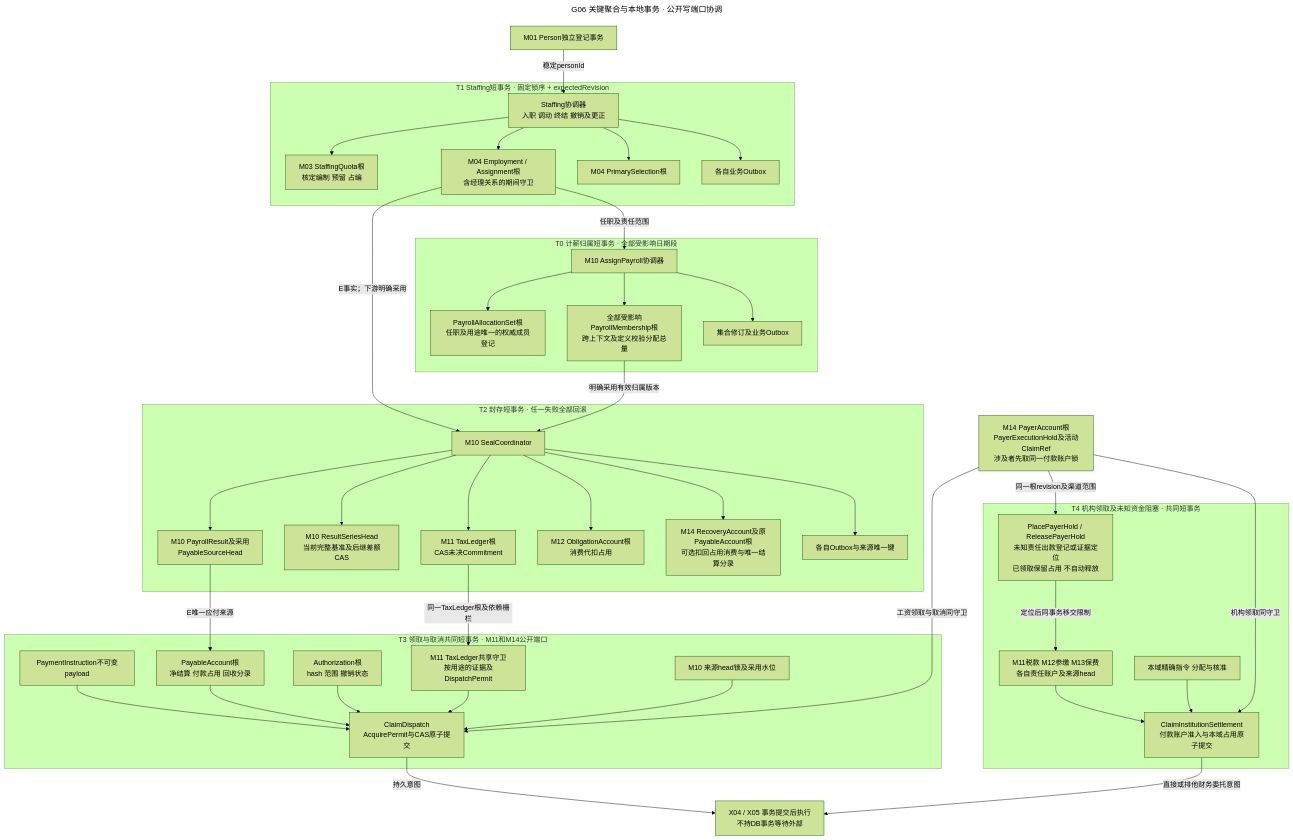
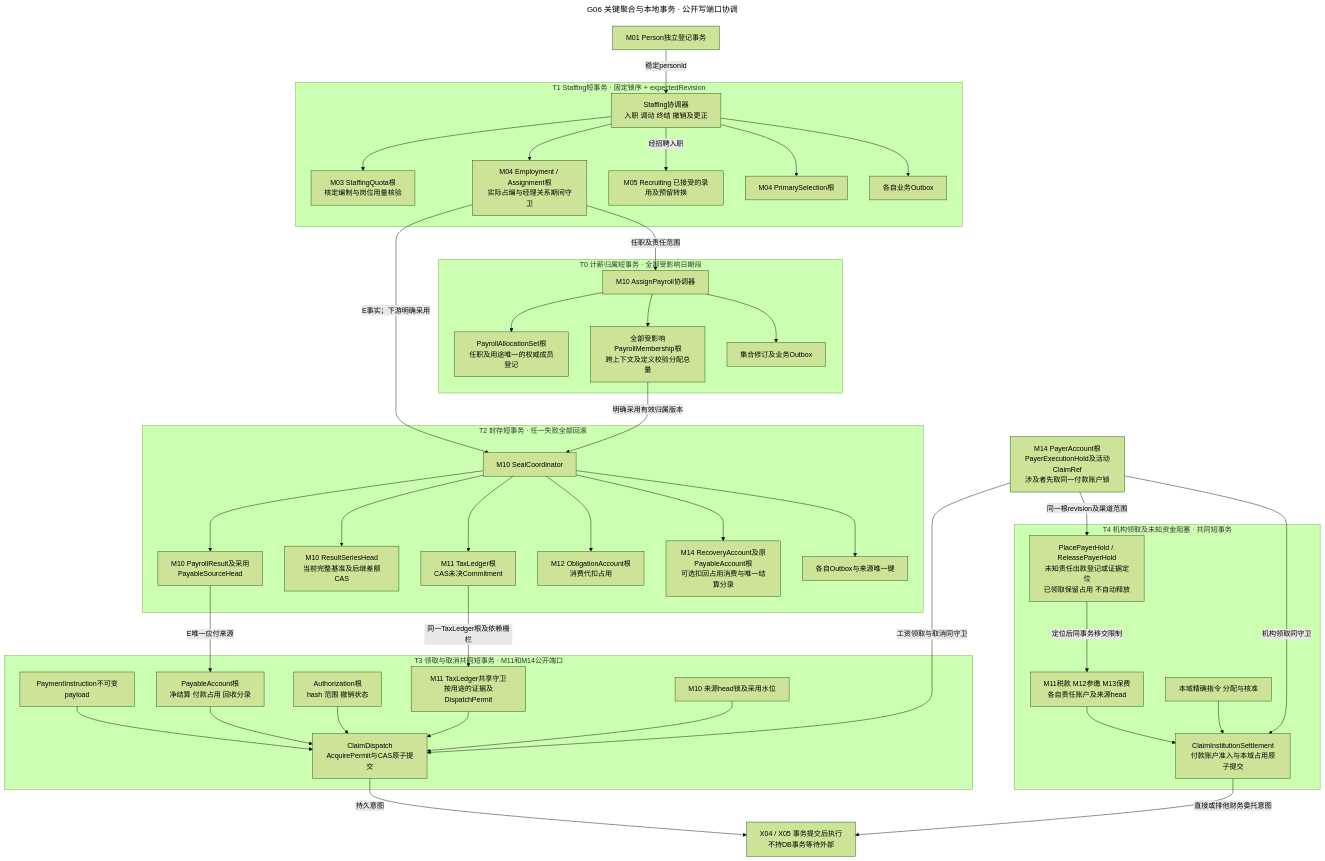
One commit to jacksonlee411/CHNHCM-P changed the diagram in docs/architecture/target/diagrams/g06-aggregate-transactions.mmd. Above: the diagram before and after it, drawn with Mermaid (forest theme). The commit also changed 62 other files, not shown here.

```diff
--- a/docs/architecture/target/diagrams/g06-aggregate-transactions.mmd
+++ b/docs/architecture/target/diagrams/g06-aggregate-transactions.mmd
@@ -1,85 +1,87 @@
 ---
 title: G06 关键聚合与本地事务 · 公开写端口协调
 ---
 flowchart TB
   P["M01 Person独立登记事务"]
   subgraph HR["T1 Staffing短事务 · 固定锁序 + expectedRevision"]
     H["Staffing协调器<br/>入职 调动 终结 撤销及更正"]
     Q["M03 StaffingQuota根
-核定编制 预留 占编"]
-    E["M04 Employment / Assignment根<br/>含经理关系的期间守卫"]
+核定编制与岗位用量核验"]
+    E["M04 Employment / Assignment根<br/>实际占编与经理关系期间守卫"]
+    OFFER["M05 Recruiting 已接受的录用及预留转换"]
     S["M04 PrimarySelection根"]
     O["各自业务Outbox"]
     H --> Q
     H --> E
+    H -->|经招聘入职| OFFER
     H --> S
     H --> O
   end
   subgraph MEMBERS["T0 计薪归属短事务 · 全部受影响日期段"]
     MC["M10 AssignPayroll协调器"]
     MS["PayrollAllocationSet根<br/>任职及用途唯一的权威成员登记"]
     MM["全部受影响PayrollMembership根<br/>跨上下文及定义校验分配总量"]
     MO["集合修订及业务Outbox"]
     MC --> MS
     MC --> MM
     MC --> MO
   end
   subgraph PAY["T2 封存短事务 · 任一失败全部回滚"]
     C["M10 SealCoordinator"]
     R["M10 PayrollResult及采用
 PayableSourceHead"]
     RH["M10 ResultSeriesHead<br/>当前完整基准及后继差额CAS"]
     T["M11 TaxLedger根
 CAS未决Commitment"]
     D["M12 ObligationAccount根
 消费代扣占用"]
     REC["M14 RecoveryAccount及原PayableAccount根
 可选扣回占用消费与唯一结算分录"]
     B["各自Outbox与来源唯一键"]
     C --> R
     C --> RH
     C --> T
     C --> D
     C --> REC
     C --> B
   end
   subgraph CASH["T3 领取与取消共同短事务 · M11和M14公开端口"]
     I["PaymentInstruction不可变payload"]
     A["PayableAccount根
 净结算 付款占用 回收分录"]
     U["Authorization根
 hash 范围 撤销状态"]
     V["M10 来源head锁及采用水位"]
     K["M11 TaxLedger共享守卫
 按用途的证据及DispatchPermit"]
     G["ClaimDispatch
 AcquirePermit与CAS原子提交"]
     I --> G
     A --> G
     U --> G
     K --> G
     V --> G
   end
   PAYER["M14 PayerAccount根<br/>PayerExecutionHold及活动ClaimRef<br/>涉及者先取同一付款账户锁"]
   subgraph INSTITUTION["T4 机构领取及未知资金阻塞 · 共同短事务"]
     IA["M11税款 M12参缴 M13保费<br/>各自责任账户及来源head"]
     II["本域精确指令 分配与核准"]
     IG["ClaimInstitutionSettlement<br/>付款账户准入与本域占用原子提交"]
     IH["PlacePayerHold / ReleasePayerHold<br/>未知责任出款登记或证据定位<br/>已领取保留占用 不自动释放"]
     IA --> IG
     II --> IG
     IH -->|"定位后同事务移交限制"| IA
   end
   PAYER -->|"工资领取与取消同守卫"| G
   PAYER -->|"机构领取同守卫"| IG
   PAYER -->|"同一根revision及渠道范围"| IH
   J["X04 / X05 事务提交后执行
 不持DB事务等待外部"]
   P -->|"稳定personId"| H
   E -->|"E事实；下游明确采用"| C
   E -->|"任职及责任范围"| MC
   MM -->|"明确采用有效归属版本"| C
   R -->|"E唯一应付来源"| A
   T -->|"同一TaxLedger根及依赖栅栏"| K
   G -->|"持久意图"| J
   IG -->|"直接或排他财务委托意图"| J
```
